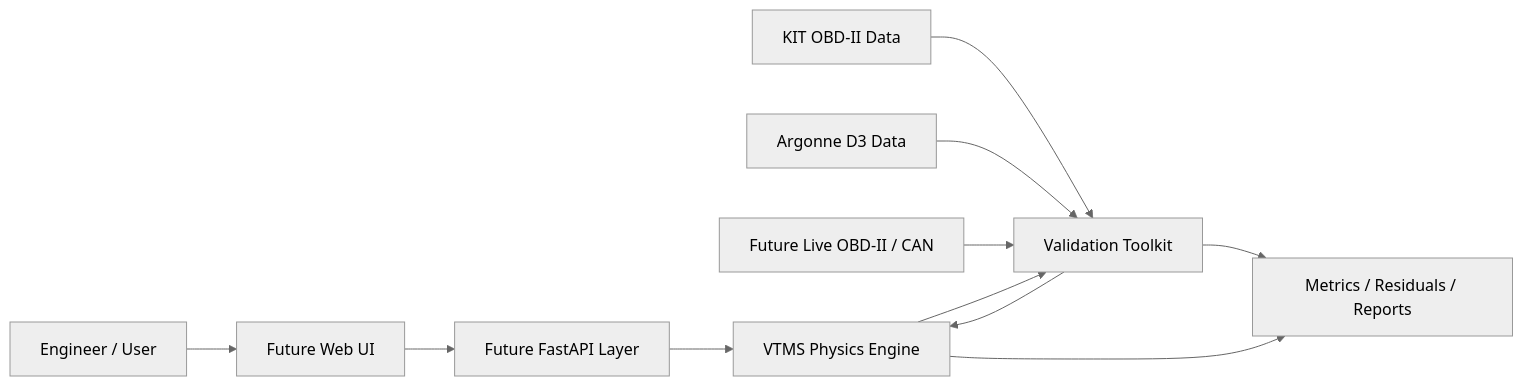
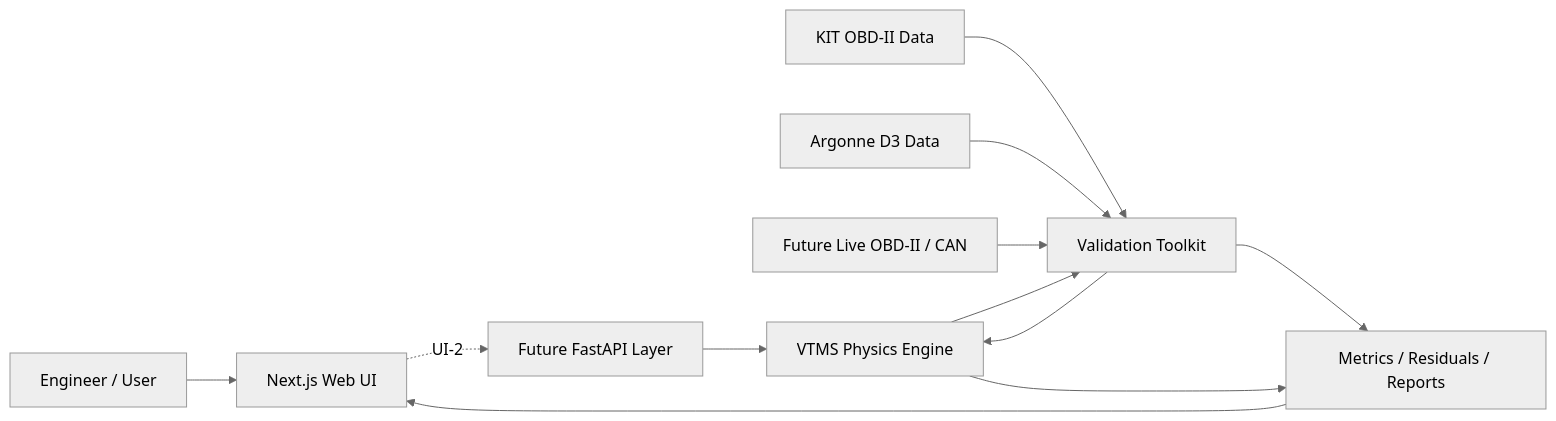
The diagram in README.md (mpalmer79/vehicle-thermal-management-simulation), drawn with Mermaid (neutral theme) before and after one commit. The commit also changed other lines of this file, not shown here.

Commit message:
UI-1: document executable web shell

````diff
--- a/README.md
+++ b/README.md
@@ -40,23 +42,24 @@
 ```mermaid
 flowchart LR
     User[Engineer / User]
-    UI[Future Web UI]
+    UI[Next.js Web UI]
     API[Future FastAPI Layer]
     Core[VTMS Physics Engine]
     Val[Validation Toolkit]
     KIT[KIT OBD-II Data]
     D3[Argonne D3 Data]
     OBD[Future Live OBD-II / CAN]
     Reports[Metrics / Residuals / Reports]
 
     User --> UI
-    UI --> API
+    UI -. UI-2 .-> API
     API --> Core
     KIT --> Val
     D3 --> Val
     OBD --> Val
     Val --> Core
     Core --> Val
     Val --> Reports
     Core --> Reports
+    Reports --> UI
 ```
````
